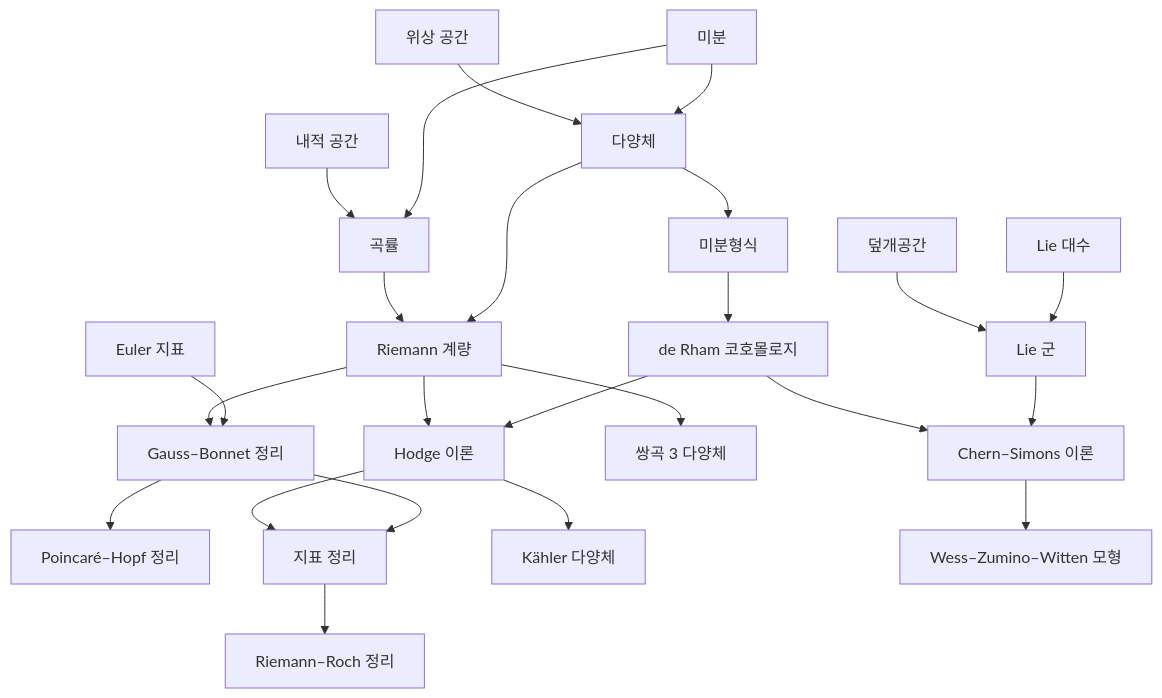
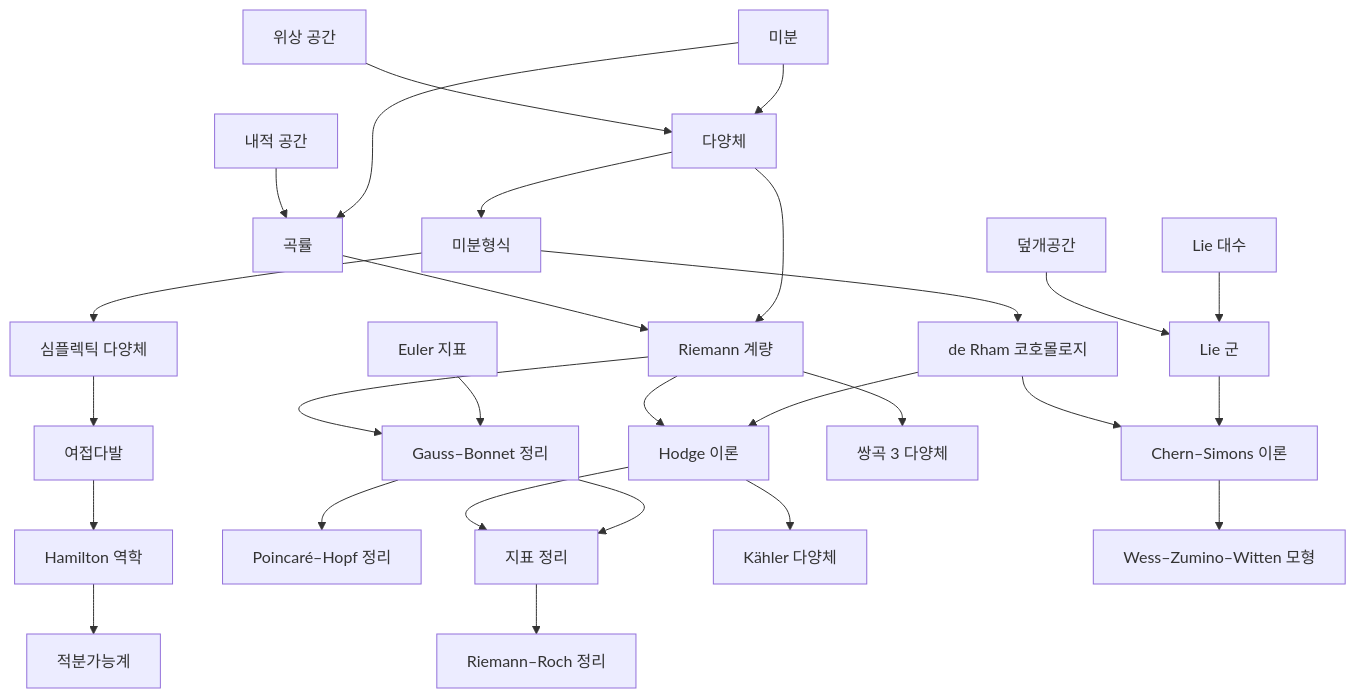
One commit to Phryxia/math-map changed the diagram in docs/differential-geometry-overview.md. Above: the diagram before and after it, drawn with Mermaid.

Commit message:
draw the symplectic axis in the differential geometry overview map
Claude-Session: https://claude.ai/code/session_01FGMjz4VqaKZKwwMNg7Q1FA

````diff
--- a/docs/differential-geometry-overview.md
+++ b/docs/differential-geometry-overview.md
@@ -13,26 +13,30 @@
 ```mermaid
 graph TD
   DV["미분"] --> MF["다양체"]
   TP["위상 공간"] --> MF
   DV --> CV["곡률"]
   IP["내적 공간"] --> CV
   MF --> DF["미분형식"]
   MF --> RM["Riemann 계량"]
   CV --> RM
   DF --> DR["de Rham 코호몰로지"]
+  DF --> SY["심플렉틱 다양체"]
+  SY --> CT["여접다발"]
+  CT --> HM["Hamilton 역학"]
+  HM --> IS["적분가능계"]
   DR --> HT["Hodge 이론"]
   RM --> HT
   EC["Euler 지표"] --> GB["Gauss–Bonnet 정리"]
   RM --> GB
   GB --> PH["Poincaré–Hopf 정리"]
   GB --> IX["지표 정리"]
   HT --> IX
   HT --> KM["Kähler 다양체"]
   IX --> RR["Riemann–Roch 정리"]
   RM --> H3["쌍곡 3 다양체"]
   LA["Lie 대수"] --> LG["Lie 군"]
   CS2["덮개공간"] --> LG
   LG --> CS["Chern–Simons 이론"]
   DR --> CS
   CS --> WZ["Wess–Zumino–Witten 모형"]
 ```
````
